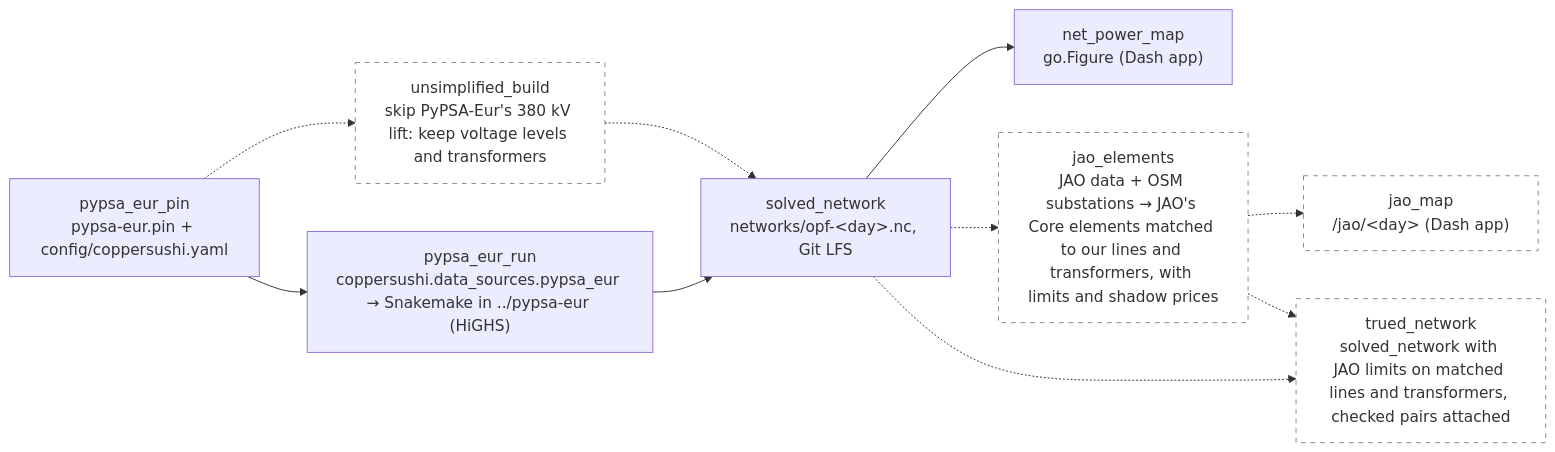
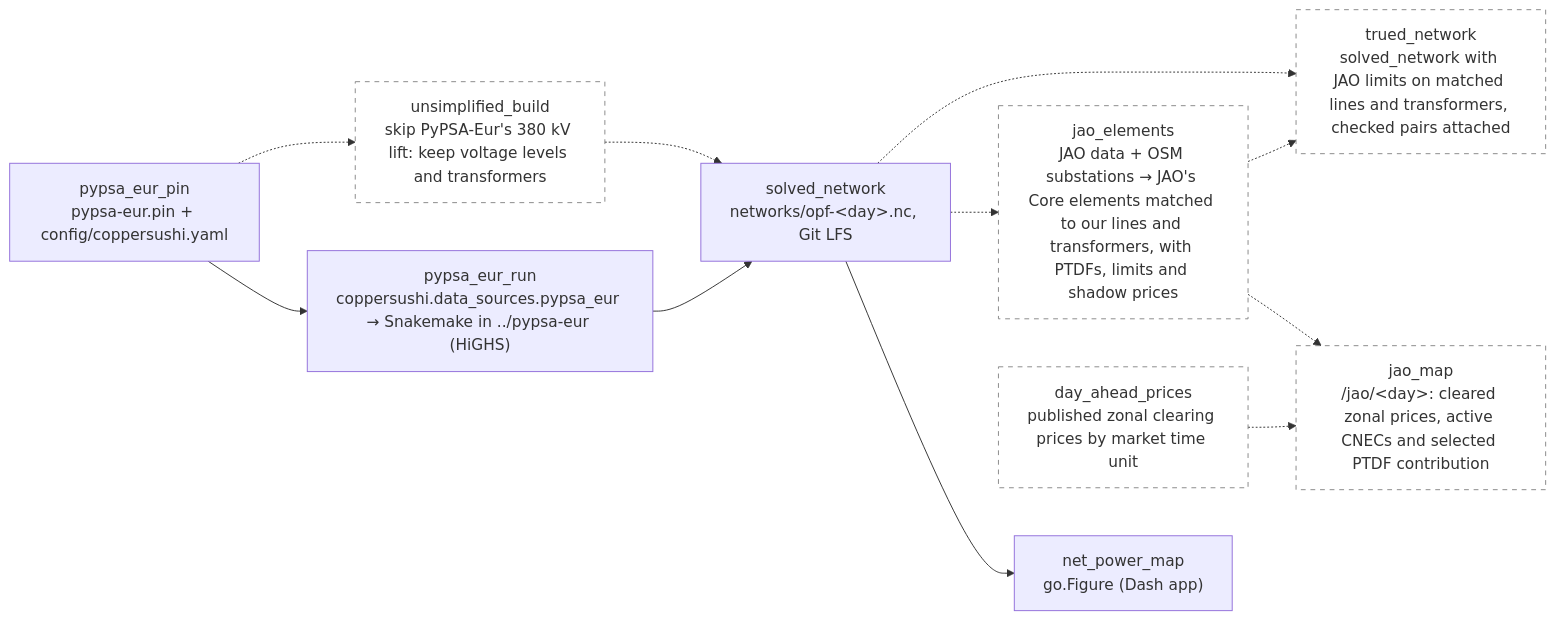
Before and after one commit to zoltanmaric/coppersushi: the diagram in wiki/sushi-2.md, drawn with Mermaid. The commit also changed 3 other files, not shown here.

````diff
--- a/wiki/sushi-2.md
+++ b/wiki/sushi-2.md
@@ -16,25 +16,27 @@
 ```mermaid
 flowchart LR
     classDef planned stroke-dasharray: 5 5,stroke:#888,fill:none
 
     net_power_map["net_power_map<br/>go.Figure (Dash app)"]
 
     pypsa_eur_pin["pypsa_eur_pin<br/>pypsa-eur.pin + config/coppersushi.yaml"]
     pypsa_eur_run["pypsa_eur_run<br/>coppersushi.data_sources.pypsa_eur → Snakemake in ../pypsa-eur (HiGHS)"]
     solved_network["solved_network<br/>networks/opf-&lt;day&gt;.nc, Git LFS"]
 
     unsimplified["unsimplified_build<br/>skip PyPSA-Eur's 380 kV lift: keep voltage levels and transformers"]:::planned
-    jao_elements["jao_elements<br/>JAO data + OSM substations → JAO's Core elements matched to our lines and transformers, with limits and shadow prices"]:::planned
-    jao_map["jao_map<br/>/jao/&lt;day&gt; (Dash app)"]:::planned
+    jao_elements["jao_elements<br/>JAO data + OSM substations → JAO's Core elements matched to our lines and transformers, with PTDFs, limits and shadow prices"]:::planned
+    day_ahead_prices["day_ahead_prices<br/>published zonal clearing prices by market time unit"]:::planned
+    jao_map["jao_map<br/>/jao/&lt;day&gt;: cleared zonal prices, active CNECs and selected PTDF contribution"]:::planned
     trued_network["trued_network<br/>solved_network with JAO limits on matched lines and transformers, checked pairs attached"]:::planned
 
     pypsa_eur_pin --> pypsa_eur_run
     pypsa_eur_pin -.-> unsimplified
     unsimplified -.-> solved_network
     pypsa_eur_run --> solved_network
     solved_network --> net_power_map
     solved_network -.-> jao_elements
     jao_elements -.-> jao_map
+    day_ahead_prices -.-> jao_map
     jao_elements -.-> trued_network
     solved_network -.-> trued_network
 ```
````
